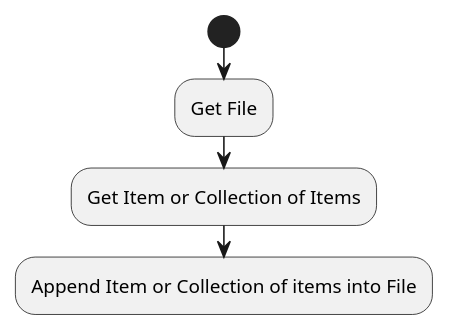
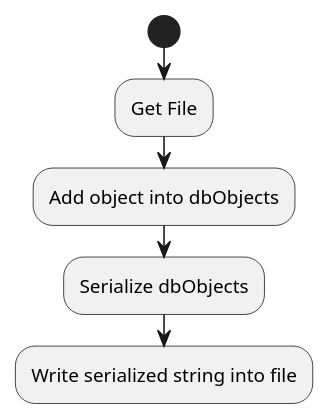
One commit to mplekunov/Assignment_3 changed the diagram in src/main/resources/ex44/ActivityDiagrams/uploadObjectToDb.puml. Above: the diagram before and after it, drawn with PlantUML. The commit also changed 34 other files, not shown here.

```diff
--- a/src/main/resources/ex44/ActivityDiagrams/uploadObjectToDb.puml
+++ b/src/main/resources/ex44/ActivityDiagrams/uploadObjectToDb.puml
@@ -1,8 +1,9 @@
 @startuml
 'https://plantuml.com/activity-diagram-beta
 
 start
     :Get File;
-    :Get Item or Collection of Items;
-    :Append Item or Collection of items into File;
+    :Add object into dbObjects;
+    :Serialize dbObjects;
+    :Write serialized string into file;
 @enduml
```
